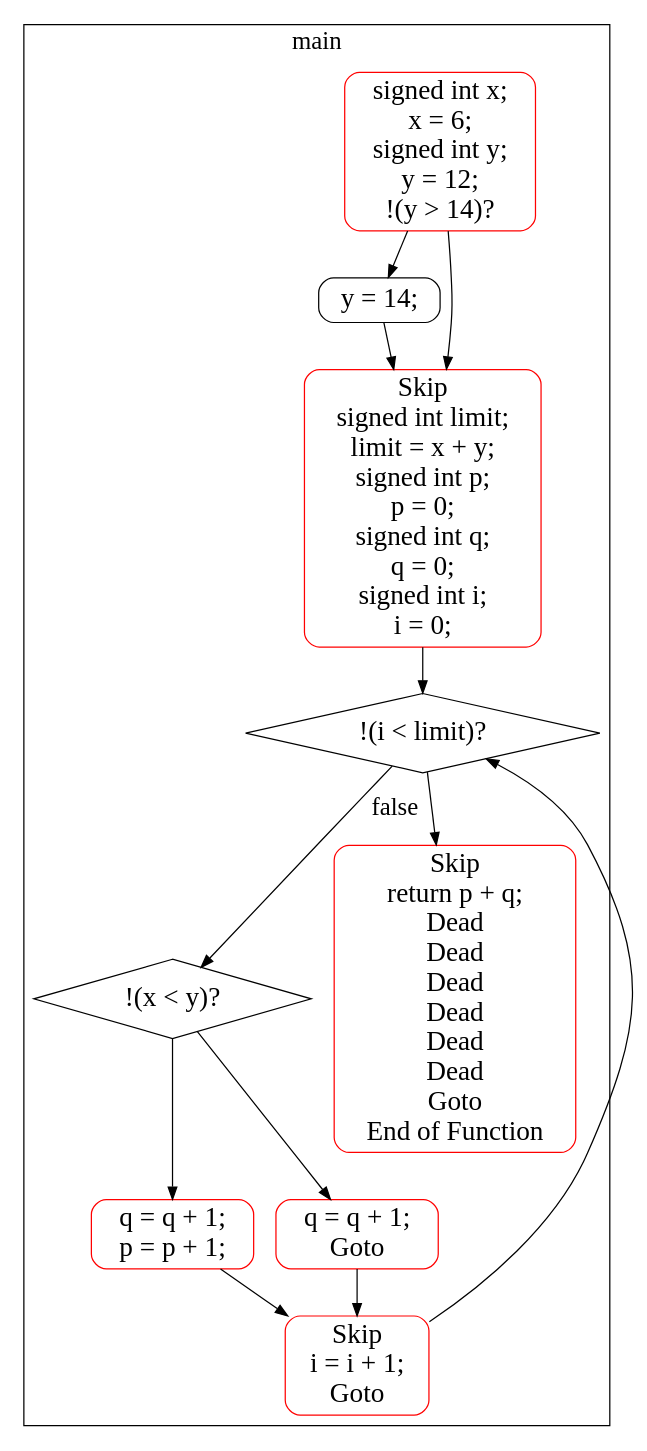
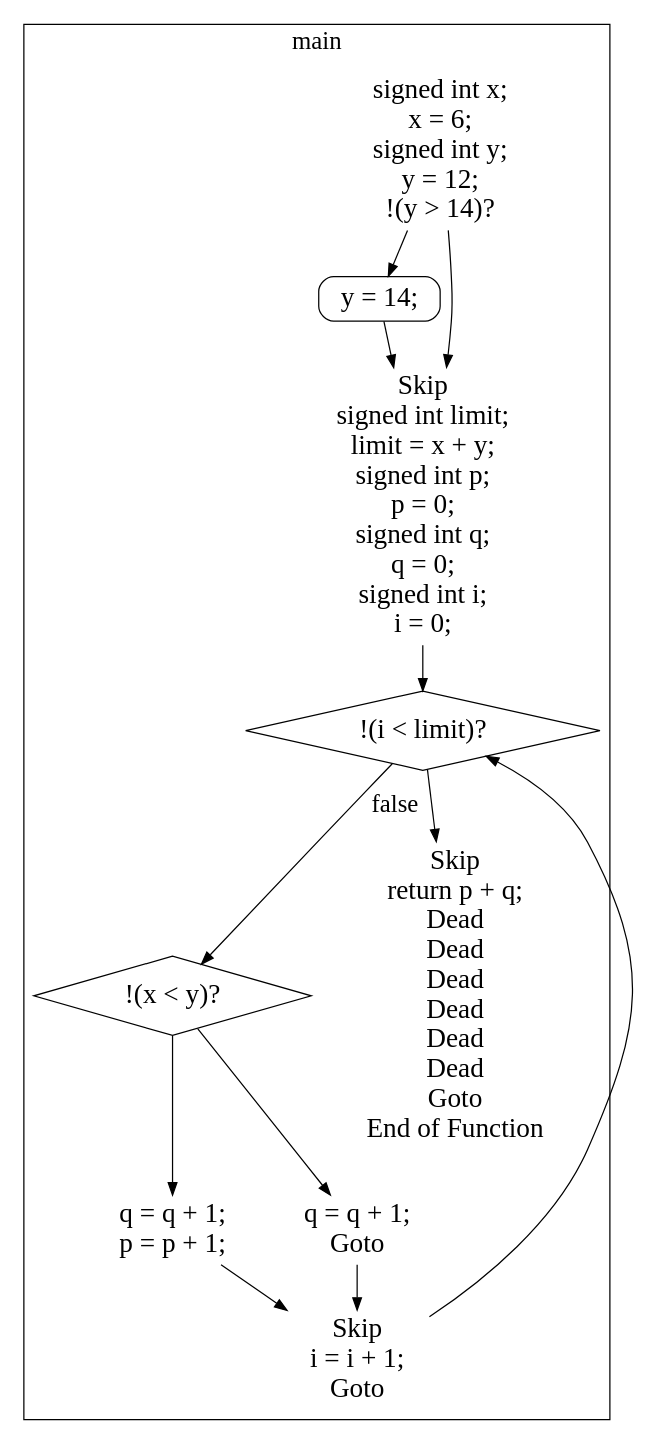
The diagram in output/whileloopif-stat-cfg-goto/whileloopif-stat-cfg-goto_updated2.dot (meysamkhazaee/dot_parser), drawn with Graphviz before and after one commit. The commit also changed 9 other files, not shown here.

```diff
--- a/output/whileloopif-stat-cfg-goto/whileloopif-stat-cfg-goto_updated2.dot
+++ b/output/whileloopif-stat-cfg-goto/whileloopif-stat-cfg-goto_updated2.dot
@@ -1,32 +1,32 @@
 digraph G {
 color=black;
 orientation=portrait;
 fontsize=20;
 compound=true;
 size="30,40";
 ratio=compress;
 subgraph "cluster_main" {
 label="main";
 Node_0_5 [shape=Mrecord, fontsize=22, label="y = 14;"];
 Node_0_15 [shape=diamond, fontsize=22, label="!(i \< limit)?"];
 Node_0_15 -> Node_0_16 [fontsize=20, label="false"];
 Node_0_16 [shape=diamond, fontsize=22, label="!(x \< y)?"];
-Node_0_0_Node_0_1_Node_0_2_Node_0_3_Node_0_4 [label="signed int x;\nx = 6;\nsigned int y;\ny = 12;\n!(y \> 14)?", shape=Mrecord, fontsize=22, color=red];
-Node_0_6_Node_0_7_Node_0_8_Node_0_9_Node_0_10_Node_0_11_Node_0_12_Node_0_13_Node_0_14 [label="Skip\nsigned int limit;\nlimit = x + y;\nsigned int p;\np = 0;\nsigned int q;\nq = 0;\nsigned int i;\ni = 0;", shape=Mrecord, fontsize=22, color=red];
-Node_0_19_Node_0_20 [label="q = q + 1;\np = p + 1;", shape=Mrecord, fontsize=22, color=red];
-Node_0_17_Node_0_18 [label="q = q + 1;\nGoto", shape=Mrecord, fontsize=22, color=red];
-Node_0_21_Node_0_22_Node_0_23 [label="Skip\ni = i + 1;\nGoto", shape=Mrecord, fontsize=22, color=red];
-Node_0_24_Node_0_25_Node_0_26_Node_0_27_Node_0_28_Node_0_29_Node_0_30_Node_0_31_Node_0_32_Node_0_33 [label="Skip\nreturn p + q;\nDead\nDead\nDead\nDead\nDead\nDead\nGoto\nEnd of Function", shape=Mrecord, fontsize=22, color=red];
+Node_0_0_Node_0_1_Node_0_2_Node_0_3_Node_0_4 [label="signed int x;\nx = 6;\nsigned int y;\ny = 12;\n!(y \> 14)?", shape=plaintext, fontsize=22, color=red];
+Node_0_6_Node_0_7_Node_0_8_Node_0_9_Node_0_10_Node_0_11_Node_0_12_Node_0_13_Node_0_14 [label="Skip\nsigned int limit;\nlimit = x + y;\nsigned int p;\np = 0;\nsigned int q;\nq = 0;\nsigned int i;\ni = 0;", shape=plaintext, fontsize=22, color=red];
+Node_0_19_Node_0_20 [label="q = q + 1;\np = p + 1;", shape=plaintext, fontsize=22, color=red];
+Node_0_17_Node_0_18 [label="q = q + 1;\nGoto", shape=plaintext, fontsize=22, color=red];
+Node_0_21_Node_0_22_Node_0_23 [label="Skip\ni = i + 1;\nGoto", shape=plaintext, fontsize=22, color=red];
+Node_0_24_Node_0_25_Node_0_26_Node_0_27_Node_0_28_Node_0_29_Node_0_30_Node_0_31_Node_0_32_Node_0_33 [label="Skip\nreturn p + q;\nDead\nDead\nDead\nDead\nDead\nDead\nGoto\nEnd of Function", shape=plaintext, fontsize=22, color=red];
 }
 
 Node_0_0_Node_0_1_Node_0_2_Node_0_3_Node_0_4 -> Node_0_5;
 Node_0_6_Node_0_7_Node_0_8_Node_0_9_Node_0_10_Node_0_11_Node_0_12_Node_0_13_Node_0_14 -> Node_0_15;
 Node_0_0_Node_0_1_Node_0_2_Node_0_3_Node_0_4 -> Node_0_6_Node_0_7_Node_0_8_Node_0_9_Node_0_10_Node_0_11_Node_0_12_Node_0_13_Node_0_14;
 Node_0_5 -> Node_0_6_Node_0_7_Node_0_8_Node_0_9_Node_0_10_Node_0_11_Node_0_12_Node_0_13_Node_0_14;
 Node_0_16 -> Node_0_19_Node_0_20;
 Node_0_16 -> Node_0_17_Node_0_18;
 Node_0_21_Node_0_22_Node_0_23 -> Node_0_15;
 Node_0_19_Node_0_20 -> Node_0_21_Node_0_22_Node_0_23;
 Node_0_17_Node_0_18 -> Node_0_21_Node_0_22_Node_0_23;
 Node_0_15 -> Node_0_24_Node_0_25_Node_0_26_Node_0_27_Node_0_28_Node_0_29_Node_0_30_Node_0_31_Node_0_32_Node_0_33;
 }
```
